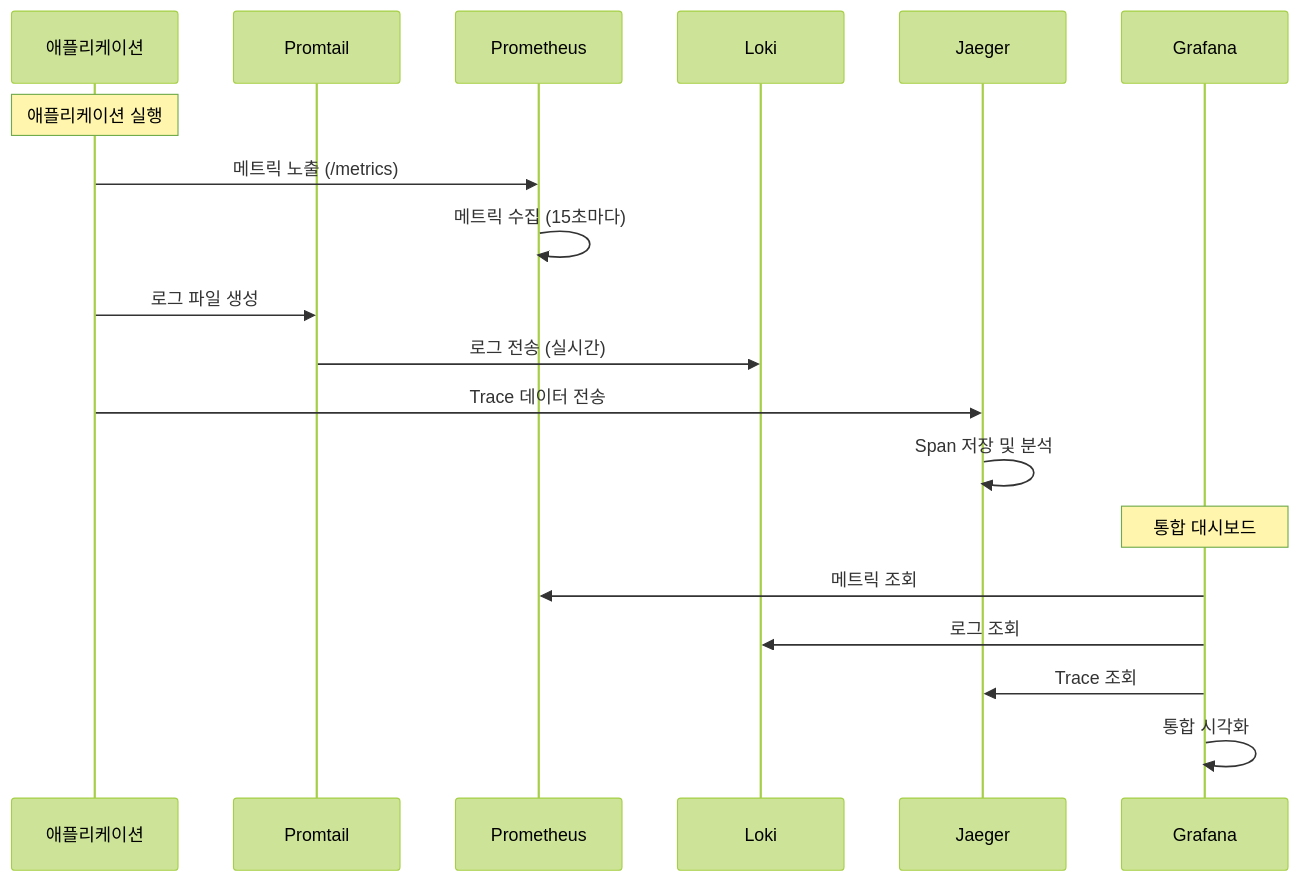
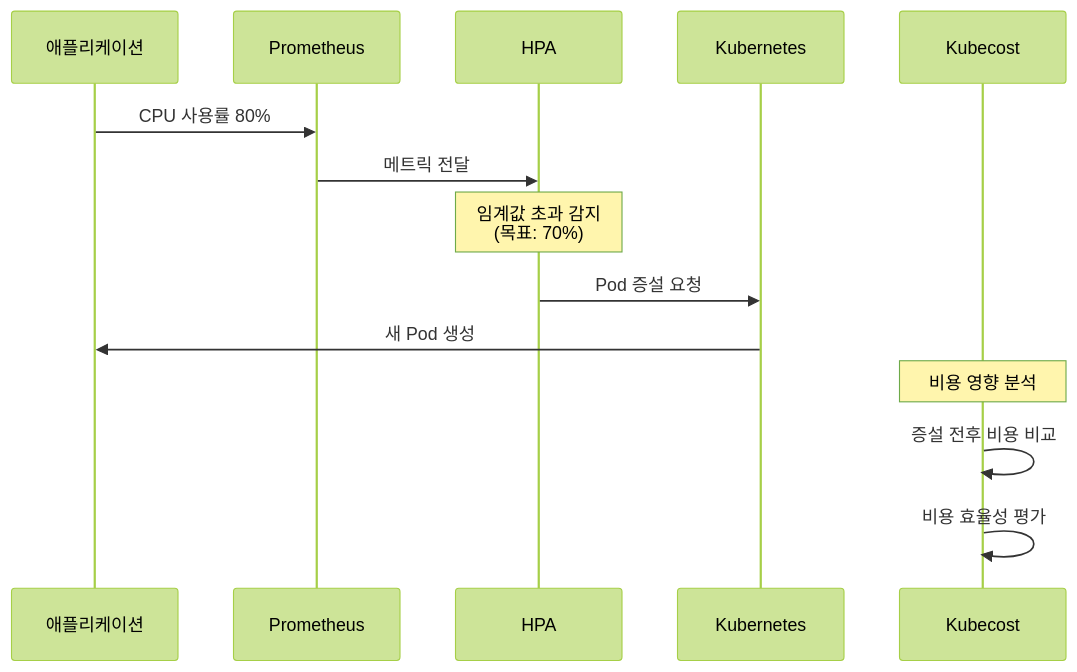
The third of 3 diagrams in theory/week_04/day5/lab_1.md (niceguy61/kdt_devops_lecture_2025), drawn with Mermaid (forest theme) before and after one commit. The commit also changed other lines of this file and 5 other files, not shown here.

````diff
--- a/theory/week_04/day5/lab_1.md
+++ b/theory/week_04/day5/lab_1.md
@@ -160,26 +147,20 @@
 ```mermaid
 sequenceDiagram
     participant App as 애플리케이션
-    participant PT as Promtail
     participant P as Prometheus
-    participant L as Loki
-    participant J as Jaeger
-    participant G as Grafana
+    participant HPA as HPA
+    participant K8s as Kubernetes
+    participant K as Kubecost
     
-    Note over App: 애플리케이션 실행
+    App->>P: CPU 사용률 80%
+    P->>HPA: 메트릭 전달
     
-    App->>P: 메트릭 노출 (/metrics)
-    P->>P: 메트릭 수집 (15초마다)
+    Note over HPA: 임계값 초과 감지<br/>(목표: 70%)
     
-    App->>PT: 로그 파일 생성
-    PT->>L: 로그 전송 (실시간)
+    HPA->>K8s: Pod 증설 요청
+    K8s->>App: 새 Pod 생성
     
-    App->>J: Trace 데이터 전송
-    J->>J: Span 저장 및 분석
-    
-    Note over G: 통합 대시보드
-    G->>P: 메트릭 조회
-    G->>L: 로그 조회
-    G->>J: Trace 조회
-    G->>G: 통합 시각화
+    Note over K: 비용 영향 분석
+    K->>K: 증설 전후 비용 비교
+    K->>K: 비용 효율성 평가
 ```
````
